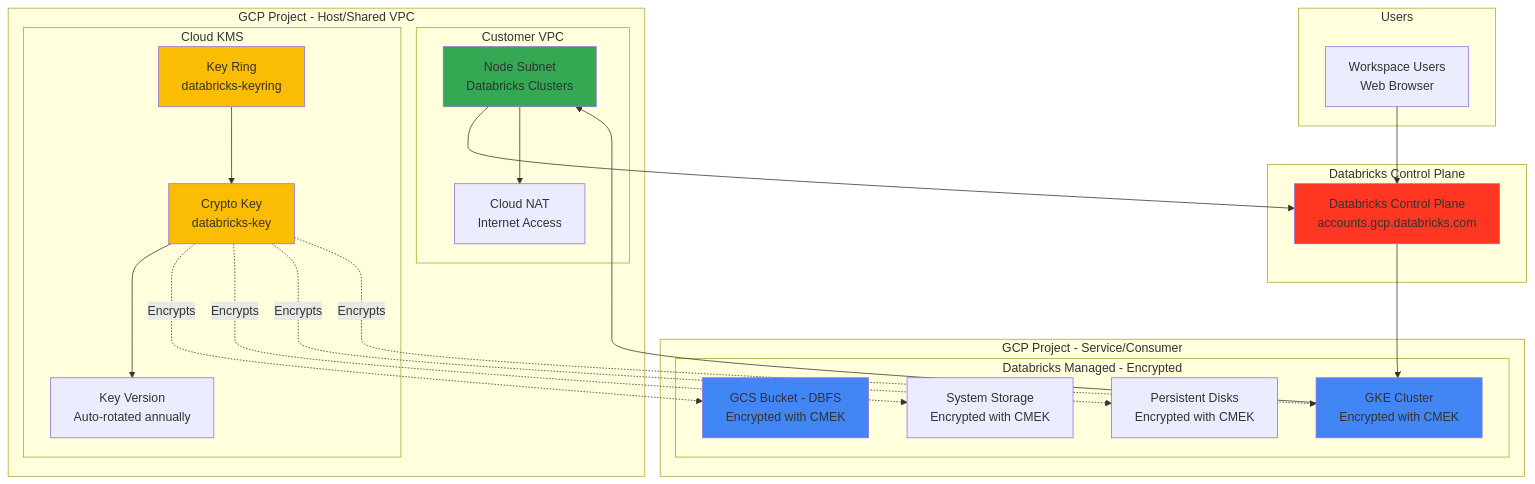
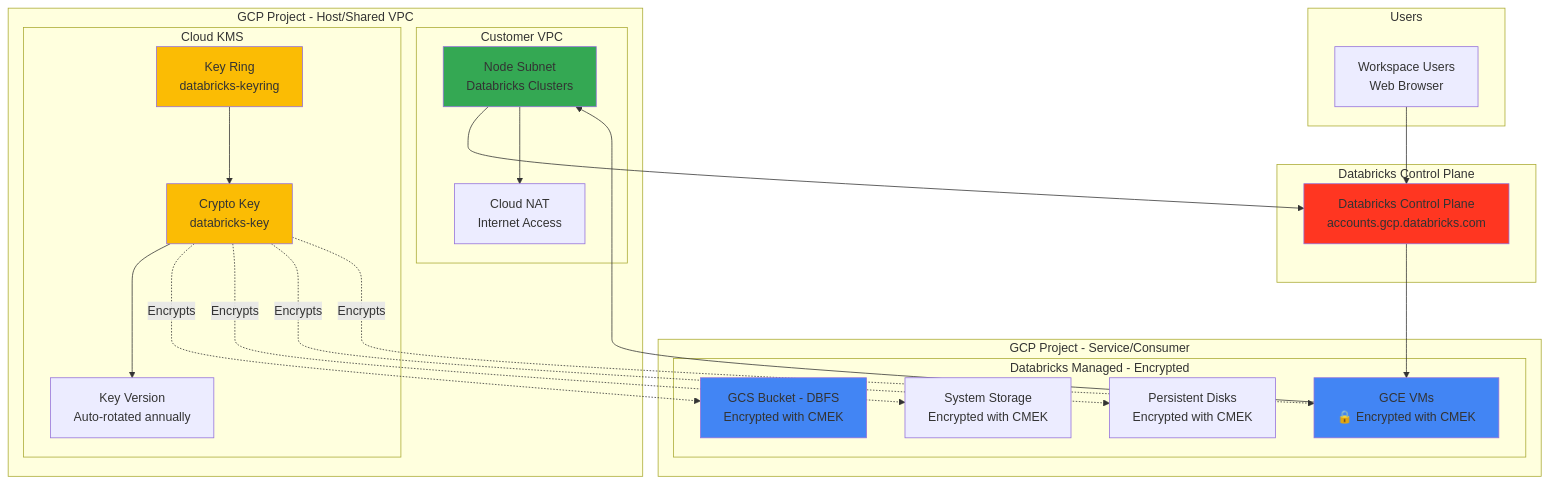
The first of 3 diagrams in gcpdb4u/templates/terraform-scripts/byovpc-cmek-ws/README.md (bhavink/databricks), drawn with Mermaid before and after one commit. The commit also changed other lines of this file and 11 other files, not shown here.

First line of the commit message:
docs(gcpdb4u): remove GKE refs; classic compute is now GCE-based

````diff
--- a/gcpdb4u/templates/terraform-scripts/byovpc-cmek-ws/README.md
+++ b/gcpdb4u/templates/terraform-scripts/byovpc-cmek-ws/README.md
@@ -35,53 +35,53 @@
 ```mermaid
 graph TB
     subgraph "GCP Project - Host/Shared VPC"
         subgraph "Customer VPC"
             SUBNET[Node Subnet<br/>Databricks Clusters]
             NAT[Cloud NAT<br/>Internet Access]
         end
 
         subgraph "Cloud KMS"
             KEYRING[Key Ring<br/>databricks-keyring]
             KEY[Crypto Key<br/>databricks-key]
             KEY_VER[Key Version<br/>Auto-rotated annually]
         end
     end
 
     subgraph "GCP Project - Service/Consumer"
         subgraph "Databricks Managed - Encrypted"
-            GKE[GKE Cluster<br/>Encrypted with CMEK]
+            GCE[GCE VMs<br/>🔒 Encrypted with CMEK]
             GCS_DBFS[GCS Bucket - DBFS<br/>Encrypted with CMEK]
             GCS_SYS[System Storage<br/>Encrypted with CMEK]
             DISK[Persistent Disks<br/>Encrypted with CMEK]
         end
     end
 
     subgraph "Databricks Control Plane"
         CONTROL[Databricks Control Plane<br/>accounts.gcp.databricks.com]
     end
 
     subgraph "Users"
         USER[Workspace Users<br/>Web Browser]
     end
 
     KEYRING --> KEY
     KEY --> KEY_VER
 
     KEY -.Encrypts.-> GCS_DBFS
     KEY -.Encrypts.-> GCS_SYS
     KEY -.Encrypts.-> DISK
-    KEY -.Encrypts.-> GKE
+    KEY -.Encrypts.-> GCE
 
     SUBNET --> CONTROL
     SUBNET --> NAT
-    GKE --> SUBNET
+    GCE --> SUBNET
     USER --> CONTROL
-    CONTROL --> GKE
+    CONTROL --> GCE
 
     style CONTROL fill:#FF3621
     style KEY fill:#FBBC04
     style KEYRING fill:#FBBC04
     style GCS_DBFS fill:#4285F4
-    style GKE fill:#4285F4
+    style GCE fill:#4285F4
     style SUBNET fill:#34A853
 ```
````
